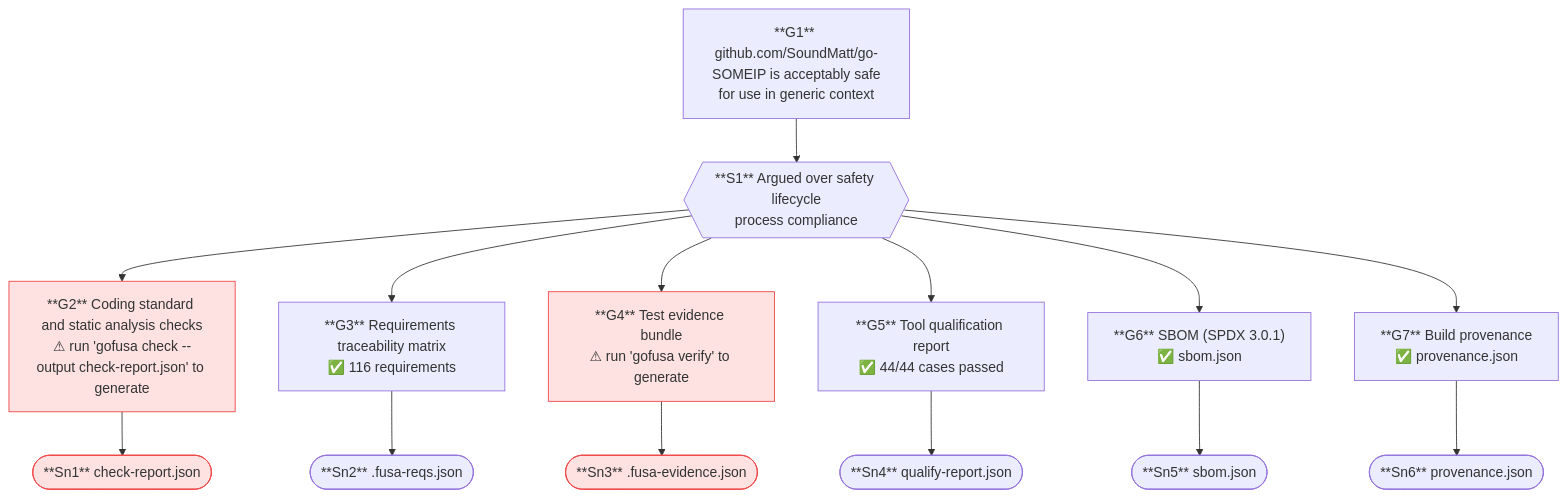
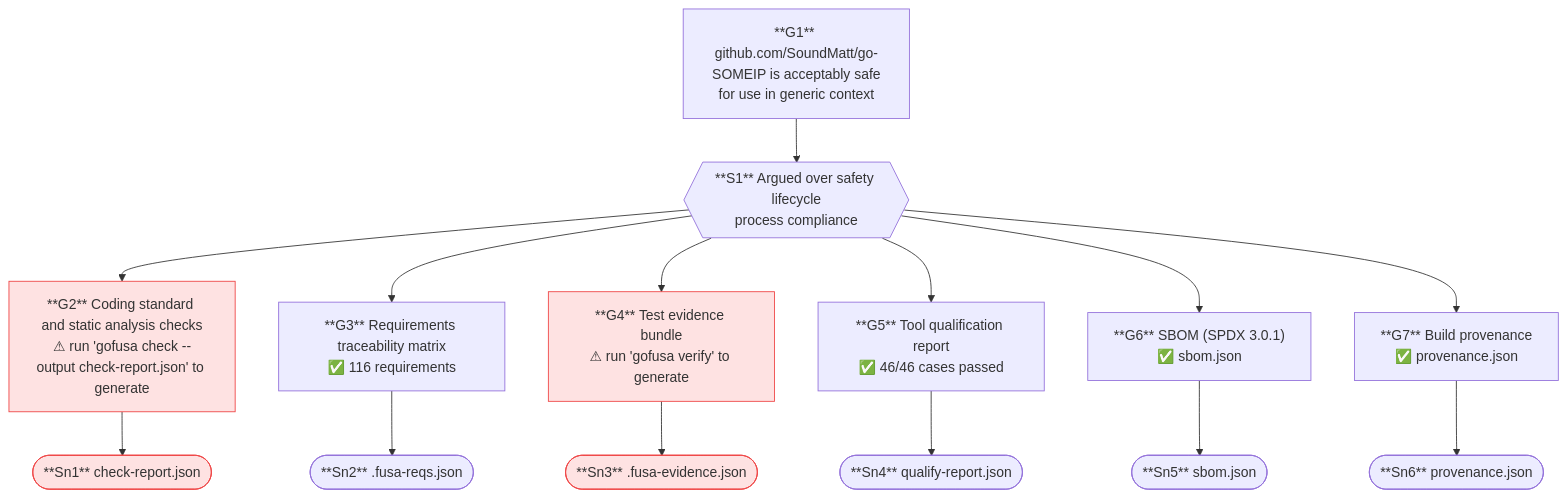
Before and after one commit to SoundMatt/go-SOMEIP: the diagram in safety-case.mermaid, drawn with Mermaid. The commit also changed 10 other files, not shown here.

```diff
--- a/safety-case.mermaid
+++ b/safety-case.mermaid
@@ -1,32 +1,32 @@
 flowchart TD
     G1["**G1** github.com/SoundMatt/go-SOMEIP is acceptably safe\nfor use in generic context"]
     S1{{"**S1** Argued over safety lifecycle\nprocess compliance"}}
     G2["**G2** Coding standard and static analysis checks\n⚠ run 'gofusa check --output check-report.json' to generate"]
     Sn1(["**Sn1** check-report.json"])
     G3["**G3** Requirements traceability matrix\n✅ 116 requirements"]
     Sn2(["**Sn2** .fusa-reqs.json"])
     G4["**G4** Test evidence bundle\n⚠ run 'gofusa verify' to generate"]
     Sn3(["**Sn3** .fusa-evidence.json"])
-    G5["**G5** Tool qualification report\n✅ 44/44 cases passed"]
+    G5["**G5** Tool qualification report\n✅ 46/46 cases passed"]
     Sn4(["**Sn4** qualify-report.json"])
     G6["**G6** SBOM (SPDX 3.0.1)\n✅ sbom.json"]
     Sn5(["**Sn5** sbom.json"])
     G7["**G7** Build provenance\n✅ provenance.json"]
     Sn6(["**Sn6** provenance.json"])
     G1 --> S1
     S1 --> G2
     S1 --> G3
     S1 --> G4
     S1 --> G5
     S1 --> G6
     S1 --> G7
     G2 --> Sn1
     G3 --> Sn2
     G4 --> Sn3
     G5 --> Sn4
     G6 --> Sn5
     G7 --> Sn6
     style G2 fill:#fee2e2,stroke:#ef4444
     style Sn1 fill:#fee2e2,stroke:#ef4444
     style G4 fill:#fee2e2,stroke:#ef4444
     style Sn3 fill:#fee2e2,stroke:#ef4444
```
